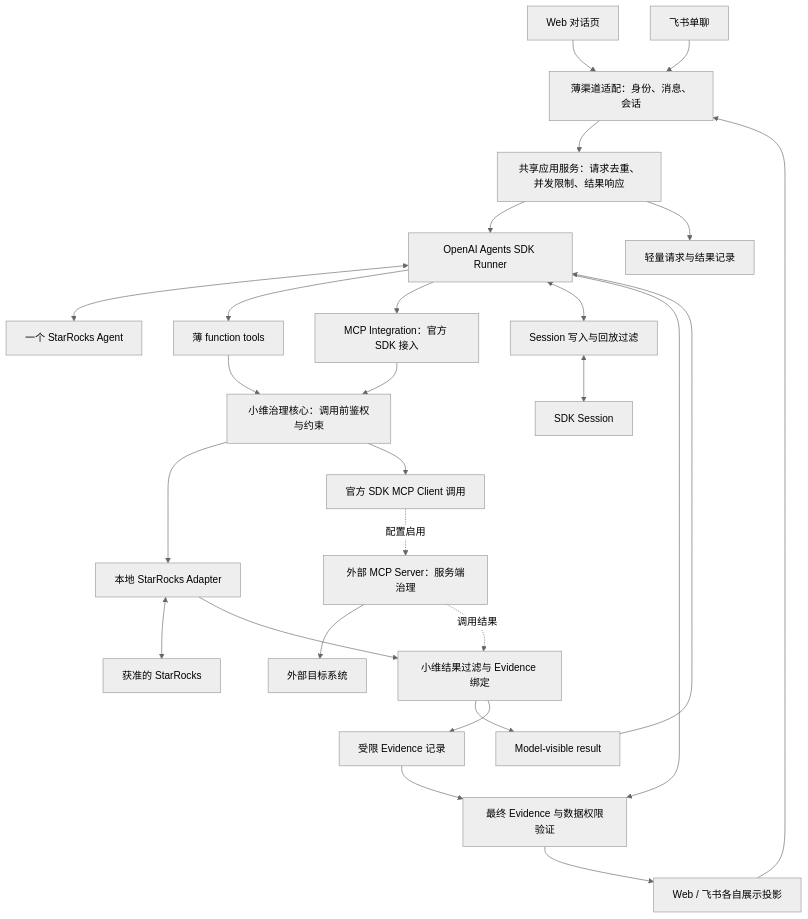
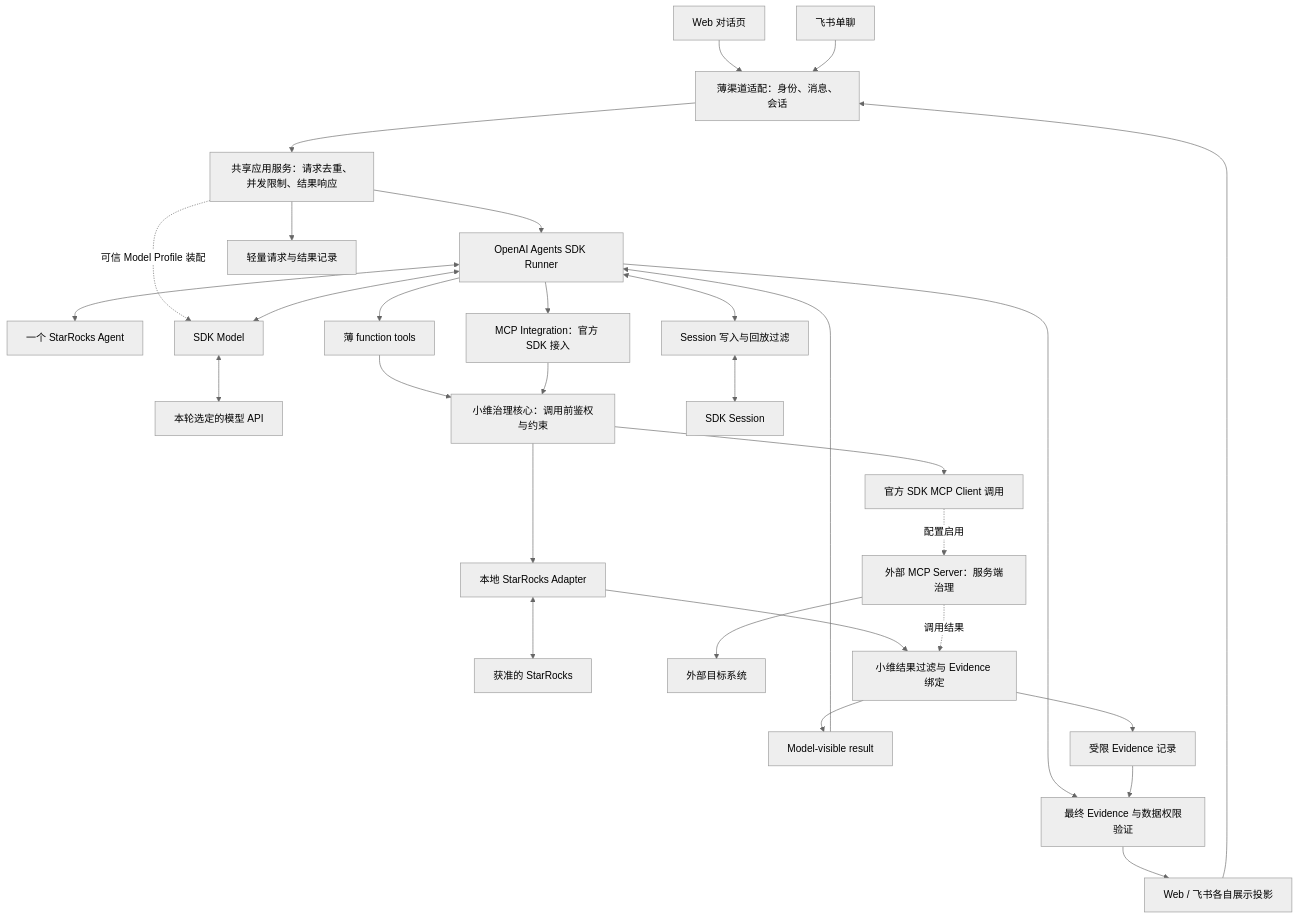
Before and after one commit to shixian66/xiaowei-agent-sdk: the diagram in ARCHITECTURE.md, drawn with Mermaid (neutral theme). The commit also changed other lines of this file and 4 other files, not shown here.

````diff
--- a/ARCHITECTURE.md
+++ b/ARCHITECTURE.md
@@ -44,29 +54,32 @@
 ```mermaid
 flowchart TD
     W[Web 对话页] --> C[薄渠道适配：身份、消息、会话]
     F[飞书单聊] --> C
     C --> A[共享应用服务：请求去重、并发限制、结果响应]
     A --> R[OpenAI Agents SDK Runner]
     R <--> G[一个 StarRocks Agent]
+    A -. 可信 Model Profile 装配 .-> MP[SDK Model]
+    R <--> MP
+    MP <--> API[本轮选定的模型 API]
     R --> T[薄 function tools]
     R --> I[MCP Integration：官方 SDK 接入]
     T --> B[小维治理核心：调用前鉴权与约束]
     I --> B
     B --> D[本地 StarRocks Adapter]
     D <--> DB[获准的 StarRocks]
     B --> MC[官方 SDK MCP Client 调用]
     MC -. 配置启用 .-> MS[外部 MCP Server：服务端治理]
     MS --> X[外部目标系统]
     D --> P1[小维结果过滤与 Evidence 绑定]
     MS -. 调用结果 .-> P1
     P1 --> M[Model-visible result]
     M --> R
     P1 --> E[受限 Evidence 记录]
     R <--> H[Session 写入与回放过滤]
     H <--> S[SDK Session]
     A --> P[轻量请求与结果记录]
     R --> V[最终 Evidence 与数据权限验证]
     E --> V
     V --> O[Web / 飞书各自展示投影]
     O --> C
 ```
````
